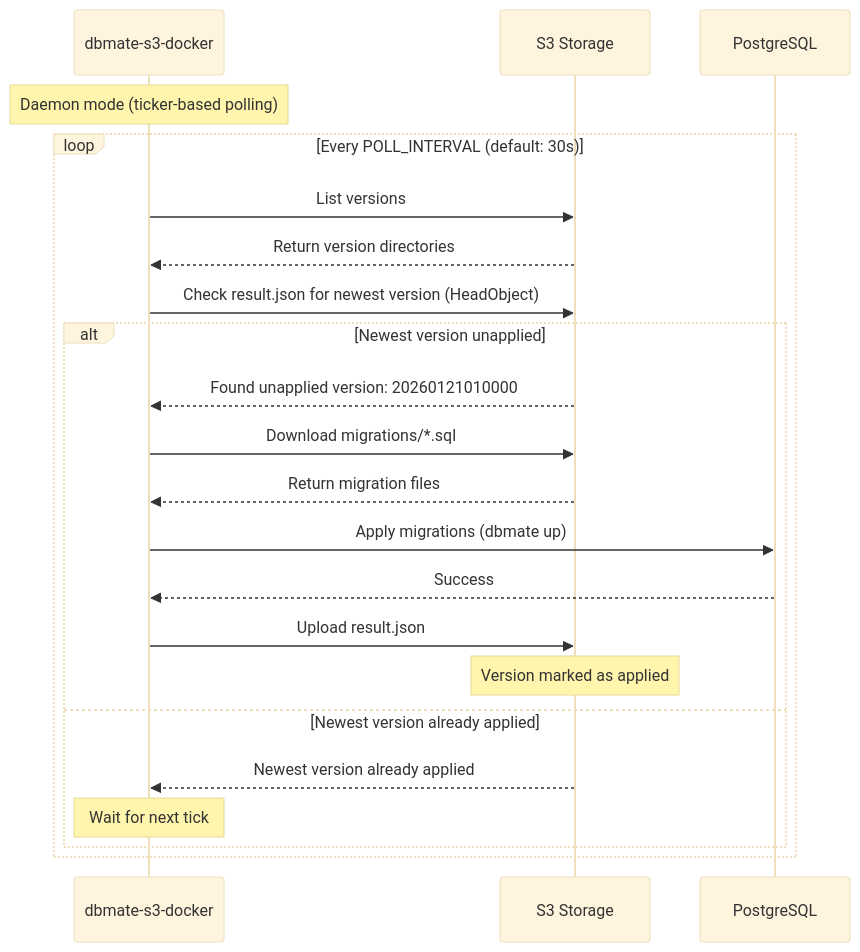
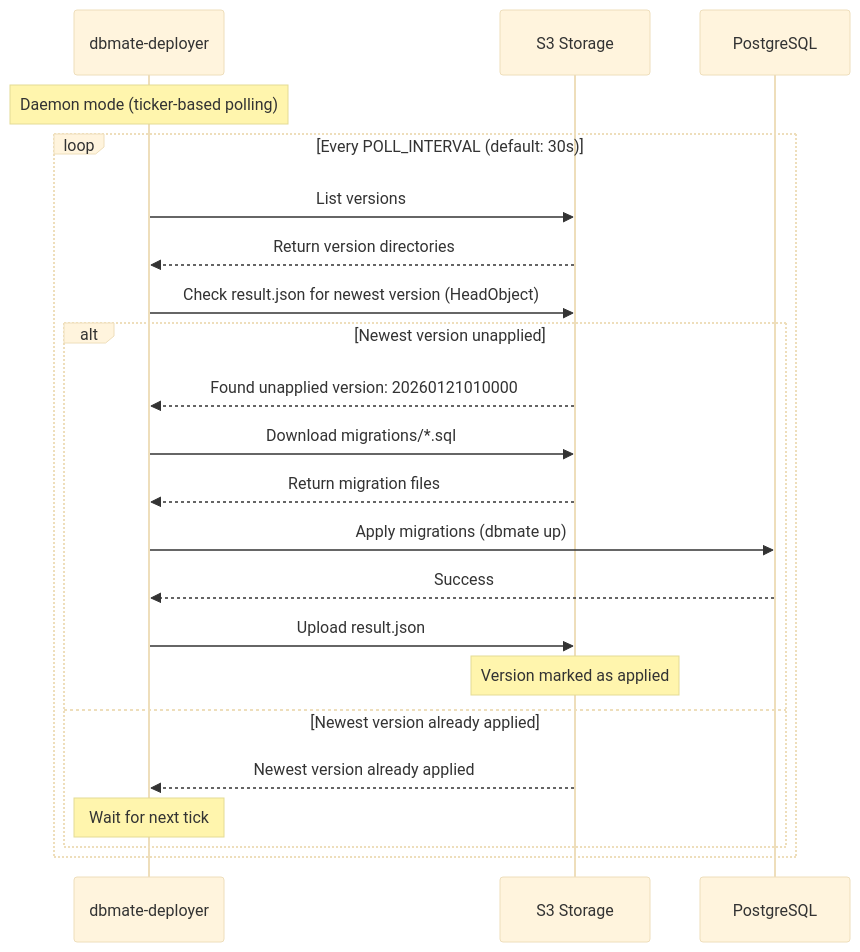
The second of 2 diagrams in README.md (tokuhirom/dbmate-deployer), drawn with Mermaid (base theme) before and after one commit. The commit also changed other lines of this file and 14 other files, not shown here.

First line of the commit message:
refactor: Rename project from dbmate-s3-docker to dbmate-deployer

````diff
--- a/README.md
+++ b/README.md
@@ -52,27 +52,27 @@
 ```mermaid
 sequenceDiagram
-    participant Daemon as dbmate-s3-docker
+    participant Daemon as dbmate-deployer
     participant S3 as S3 Storage
     participant DB as PostgreSQL
 
     Note over Daemon: Daemon mode (ticker-based polling)
 
     loop Every POLL_INTERVAL (default: 30s)
         Daemon->>S3: List versions
         S3-->>Daemon: Return version directories
         Daemon->>S3: Check result.json for newest version (HeadObject)
 
         alt Newest version unapplied
             S3-->>Daemon: Found unapplied version: 20260121010000
             Daemon->>S3: Download migrations/*.sql
             S3-->>Daemon: Return migration files
             Daemon->>DB: Apply migrations (dbmate up)
             DB-->>Daemon: Success
             Daemon->>S3: Upload result.json
             Note over S3: Version marked as applied
         else Newest version already applied
             S3-->>Daemon: Newest version already applied
             Note over Daemon: Wait for next tick
         end
     end
 ```
````
